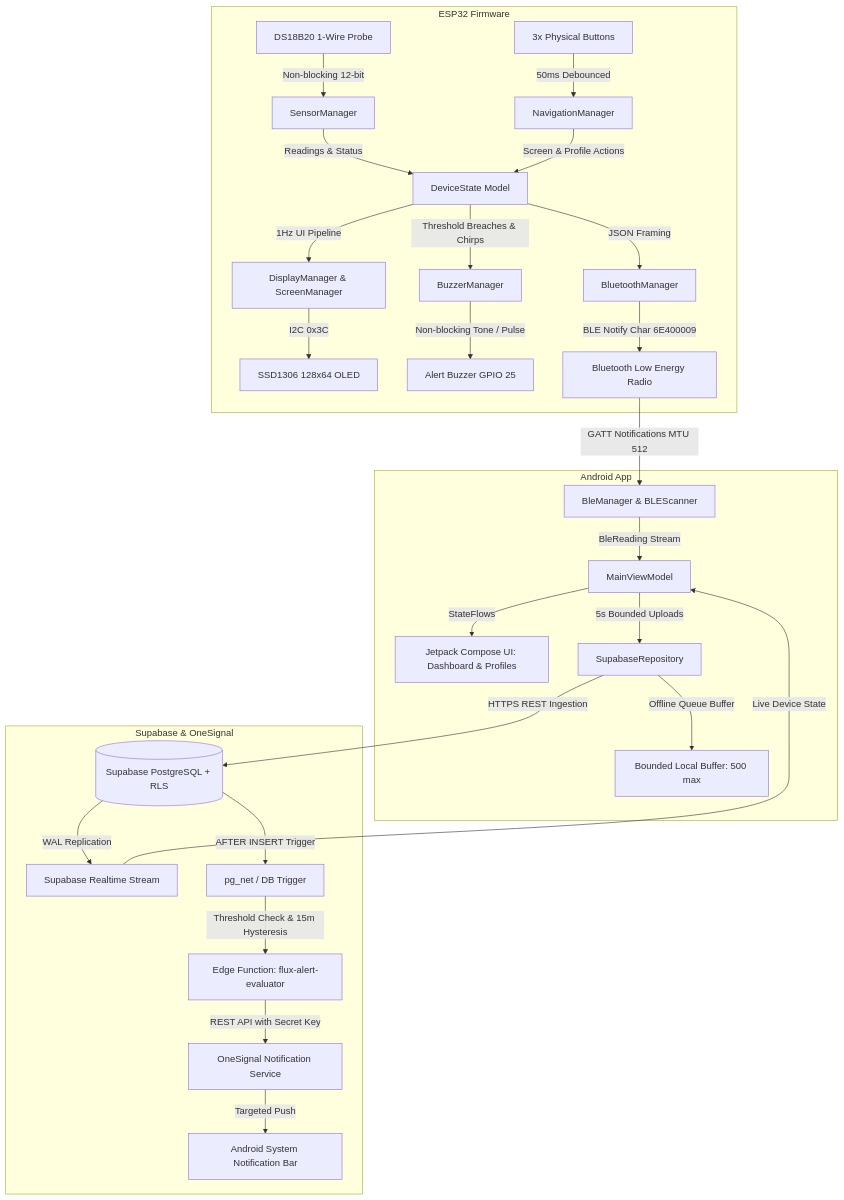
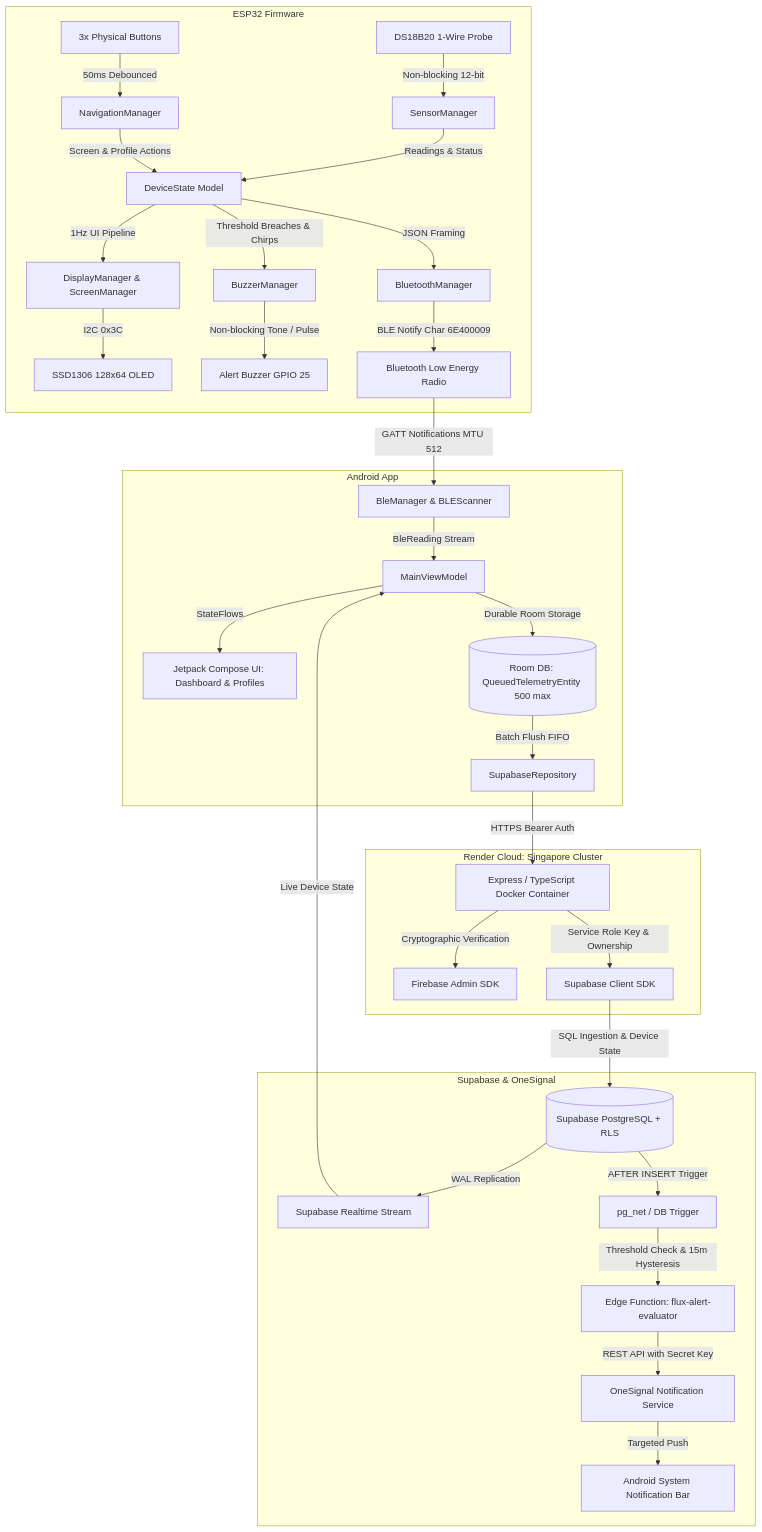
The first of 2 diagrams in docs/architecture.md (milan-m-antony/Flux), drawn with Mermaid before and after one commit. The commit also changed other lines of this file and 4 other files, not shown here.

Commit message:
docs: update README and docs suite with hardware buzzer details, Render Singapore deployment, and Room queue

````diff
--- a/docs/architecture.md
+++ b/docs/architecture.md
@@ -10,33 +10,39 @@
 ```mermaid
 graph TD
     subgraph Edge Tier [ESP32 Firmware]
         DS[DS18B20 1-Wire Probe] -->|Non-blocking 12-bit| SM[SensorManager]
         SM -->|Readings & Status| DSState[DeviceState Model]
         BTN[3x Physical Buttons] -->|50ms Debounced| NM[NavigationManager]
         NM -->|Screen & Profile Actions| DSState
         DSState -->|1Hz UI Pipeline| DM[DisplayManager & ScreenManager]
         DM -->|I2C 0x3C| OLED[SSD1306 128x64 OLED]
         DSState -->|Threshold Breaches & Chirps| BZM[BuzzerManager]
         BZM -->|Non-blocking Tone / Pulse| BUZ[Alert Buzzer GPIO 25]
         DSState -->|JSON Framing| BM[BluetoothManager]
         BM -->|BLE Notify Char 6E400009| BLE[Bluetooth Low Energy Radio]
     end
 
     subgraph Mobile Tier [Android App]
         BLE -->|GATT Notifications MTU 512| BleClient[BleManager & BLEScanner]
         BleClient -->|BleReading Stream| VM[MainViewModel]
         VM -->|StateFlows| ComposeUI[Jetpack Compose UI: Dashboard & Profiles]
-        VM -->|5s Bounded Uploads| SupaRepo[SupabaseRepository]
-        SupaRepo -->|Offline Queue Buffer| DiskQueue[Bounded Local Buffer: 500 max]
+        VM -->|Durable Room Storage| RoomQueue[(Room DB: QueuedTelemetryEntity 500 max)]
+        RoomQueue -->|Batch Flush FIFO| SupaRepo[SupabaseRepository]
+    end
+
+    subgraph Backend Tier [Render Cloud: Singapore Cluster]
+        SupaRepo -->|HTTPS Bearer Auth| RenderAPI[Express / TypeScript Docker Container]
+        RenderAPI -->|Cryptographic Verification| FirebaseAuth[Firebase Admin SDK]
+        RenderAPI -->|Service Role Key & Ownership| SupaClient[Supabase Client SDK]
     end
 
     subgraph Cloud Tier [Supabase & OneSignal]
-        SupaRepo -->|HTTPS REST Ingestion| SupaDB[(Supabase PostgreSQL + RLS)]
+        SupaClient -->|SQL Ingestion & Device State| SupaDB[(Supabase PostgreSQL + RLS)]
         SupaDB -->|WAL Replication| Realtime[Supabase Realtime Stream]
         Realtime -->|Live Device State| VM
         SupaDB -->|AFTER INSERT Trigger| AlertTrg[pg_net / DB Trigger]
         AlertTrg -->|Threshold Check & 15m Hysteresis| EdgeFn[Edge Function: flux-alert-evaluator]
         EdgeFn -->|REST API with Secret Key| OneSignal[OneSignal Notification Service]
         OneSignal -->|Targeted Push| MobileDevice[Android System Notification Bar]
     end
 ```
````
